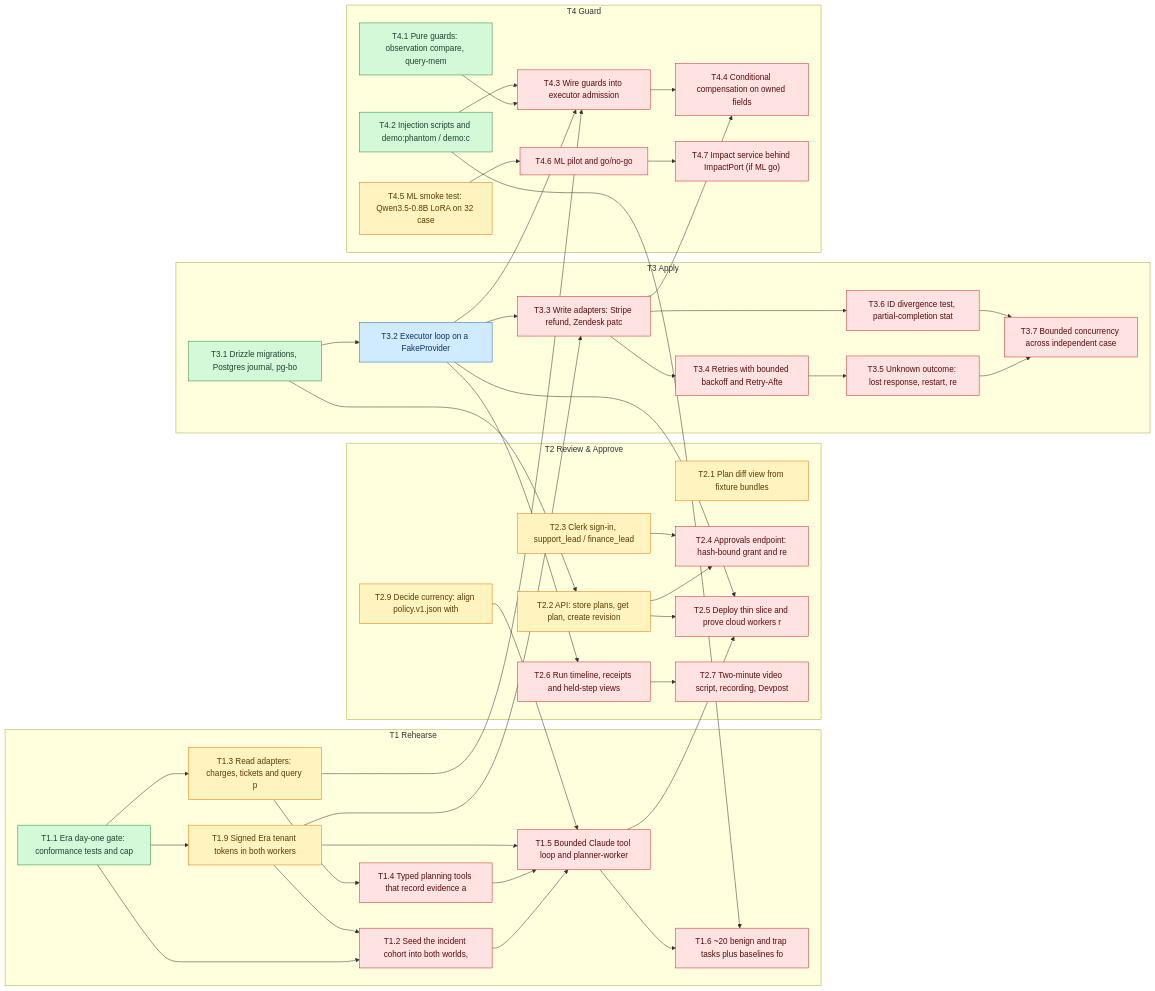
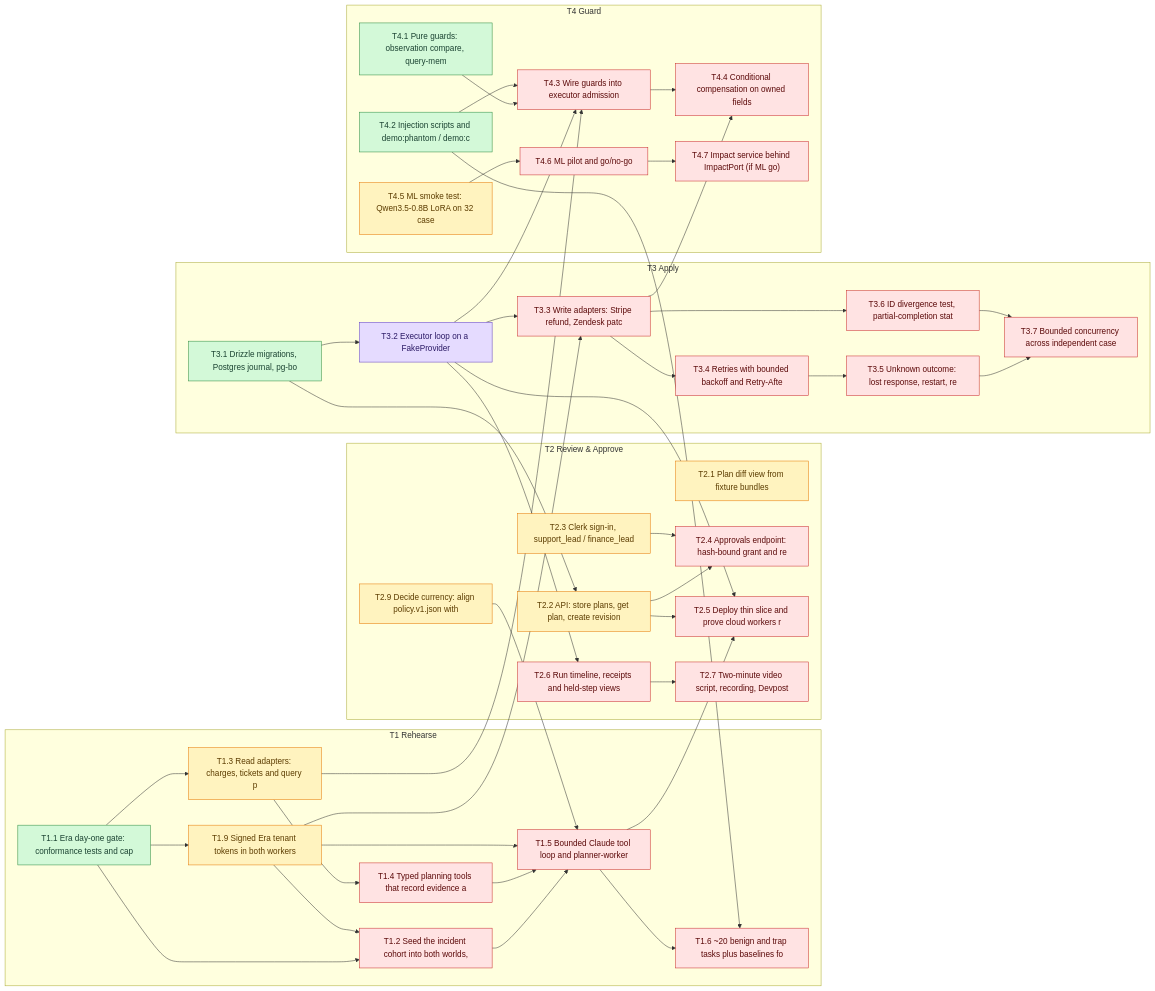
Before and after one commit to SoroushRF/Rehearsal: the diagram in BLOCKERS.md, drawn with Mermaid. The commit also changed other lines of this file, not shown here.

````diff
--- a/BLOCKERS.md
+++ b/BLOCKERS.md
@@ -84,80 +84,80 @@
 ```mermaid
 flowchart LR
   classDef done fill:#d3f9d8,stroke:#2b8a3e,color:#1b4332
   classDef review fill:#d0ebff,stroke:#1971c2,color:#0b3460
   classDef progress fill:#e5dbff,stroke:#5f3dc4,color:#2b1a66
   classDef ready fill:#fff3bf,stroke:#e67700,color:#5c3c00
   classDef blocked fill:#ffe3e3,stroke:#c92a2a,color:#5c0a0a
   subgraph T1[T1 Rehearse]
     T1_1["T1.1 Era day-one gate: conformance tests and cap"]:::done
     T1_2["T1.2 Seed the incident cohort into both worlds, "]:::blocked
     T1_3["T1.3 Read adapters: charges, tickets and query p"]:::ready
     T1_4["T1.4 Typed planning tools that record evidence a"]:::blocked
     T1_5["T1.5 Bounded Claude tool loop and planner-worker"]:::blocked
     T1_6["T1.6 ~20 benign and trap tasks plus baselines fo"]:::blocked
     T1_9["T1.9 Signed Era tenant tokens in both workers"]:::ready
   end
   subgraph T2[T2 Review & Approve]
     T2_1["T2.1 Plan diff view from fixture bundles"]:::ready
     T2_2["T2.2 API: store plans, get plan, create revision"]:::ready
     T2_3["T2.3 Clerk sign-in, support_lead / finance_lead "]:::ready
     T2_4["T2.4 Approvals endpoint: hash-bound grant and re"]:::blocked
     T2_5["T2.5 Deploy thin slice and prove cloud workers r"]:::blocked
     T2_6["T2.6 Run timeline, receipts and held-step views "]:::blocked
     T2_7["T2.7 Two-minute video script, recording, Devpost"]:::blocked
     T2_9["T2.9 Decide currency: align policy.v1.json with "]:::ready
   end
   subgraph T3[T3 Apply]
     T3_1["T3.1 Drizzle migrations, Postgres journal, pg-bo"]:::done
-    T3_2["T3.2 Executor loop on a FakeProvider"]:::review
+    T3_2["T3.2 Executor loop on a FakeProvider"]:::progress
     T3_3["T3.3 Write adapters: Stripe refund, Zendesk patc"]:::blocked
     T3_4["T3.4 Retries with bounded backoff and Retry-Afte"]:::blocked
     T3_5["T3.5 Unknown outcome: lost response, restart, re"]:::blocked
     T3_6["T3.6 ID divergence test, partial-completion stat"]:::blocked
     T3_7["T3.7 Bounded concurrency across independent case"]:::blocked
   end
   subgraph T4[T4 Guard]
     T4_1["T4.1 Pure guards: observation compare, query-mem"]:::done
     T4_2["T4.2 Injection scripts and demo:phantom / demo:c"]:::done
     T4_3["T4.3 Wire guards into executor admission"]:::blocked
     T4_4["T4.4 Conditional compensation on owned fields"]:::blocked
     T4_5["T4.5 ML smoke test: Qwen3.5-0.8B LoRA on 32 case"]:::ready
     T4_6["T4.6 ML pilot and go/no-go"]:::blocked
     T4_7["T4.7 Impact service behind ImpactPort (if ML go)"]:::blocked
   end
   T1_1 --> T1_2
   T1_9 --> T1_2
   T1_1 --> T1_3
   T1_3 --> T1_4
   T1_2 --> T1_5
   T1_4 --> T1_5
   T1_9 --> T1_5
   T2_9 --> T1_5
   T1_5 --> T1_6
   T4_2 --> T1_6
   T1_1 --> T1_9
   T3_1 --> T2_2
   T2_2 --> T2_4
   T2_3 --> T2_4
   T2_2 --> T2_5
   T1_5 --> T2_5
   T3_2 --> T2_5
   T3_2 --> T2_6
   T2_6 --> T2_7
   T3_1 --> T3_2
   T3_2 --> T3_3
   T1_9 --> T3_3
   T3_3 --> T3_4
   T3_4 --> T3_5
   T3_3 --> T3_6
   T3_5 --> T3_7
   T3_6 --> T3_7
   T4_1 --> T4_3
   T4_2 --> T4_3
   T3_2 --> T4_3
   T1_3 --> T4_3
   T4_3 --> T4_4
   T3_3 --> T4_4
   T4_5 --> T4_6
   T4_6 --> T4_7
 ```
````
